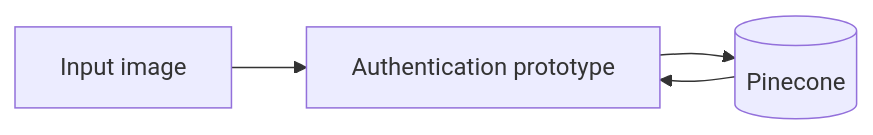
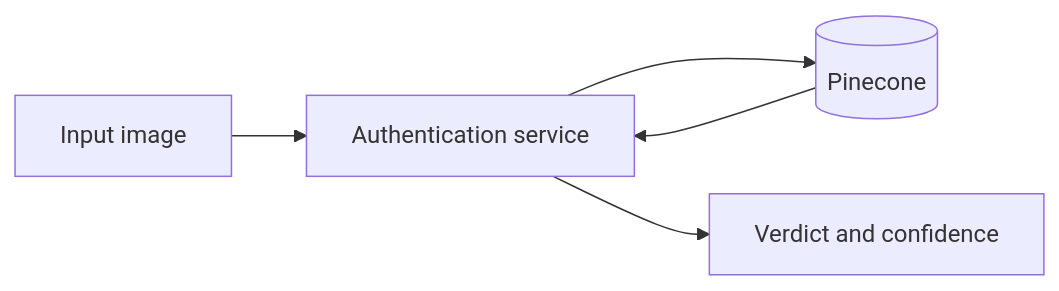
The fourth of 4 diagrams in data-flow.mdx (reboundjerseys/rebound-docs), drawn with Mermaid before and after one commit. The commit also changed other lines of this file and 57 other files, not shown here.

````diff
--- a/data-flow.mdx
+++ b/data-flow.mdx
@@ -41,6 +41,7 @@
 ```mermaid
 flowchart LR
-  Image[Input image] --> Auth[Authentication prototype]
+  Image[Input image] --> Auth[Authentication service]
   Auth --> Pinecone[(Pinecone)]
   Pinecone --> Auth
+  Auth --> Verdict[Verdict and confidence]
 ```
````
